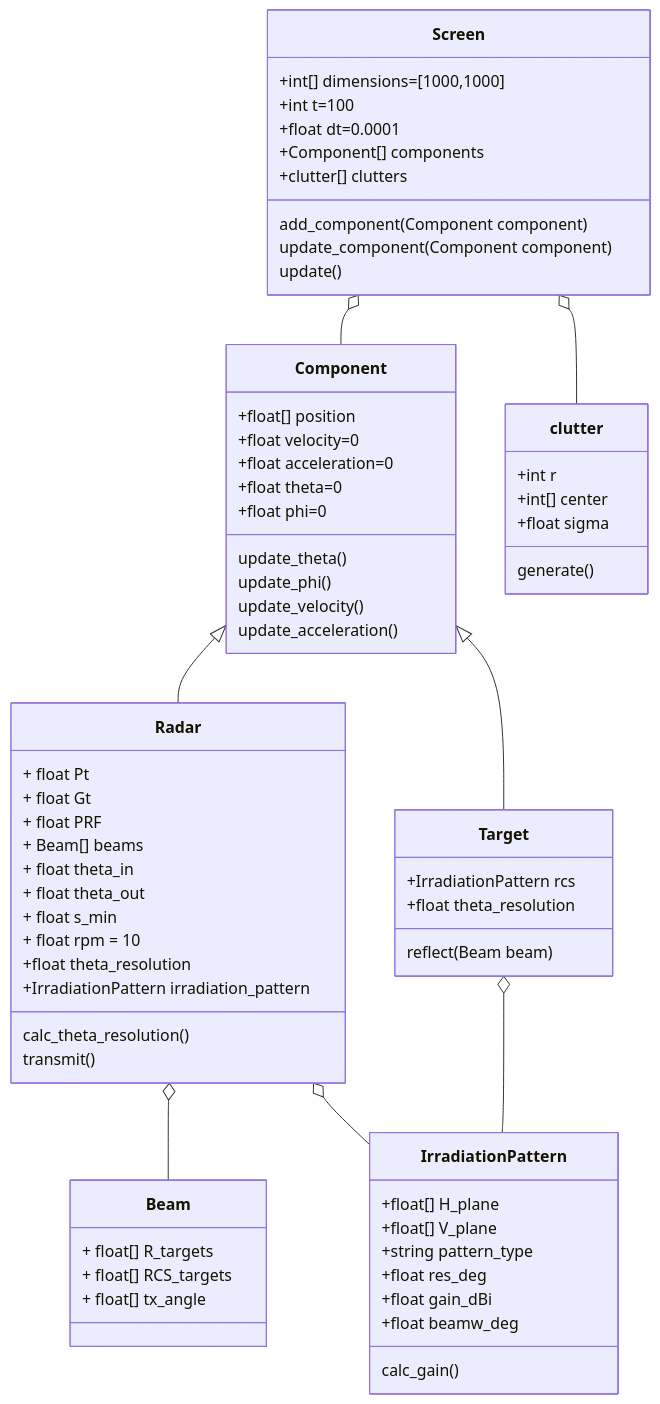
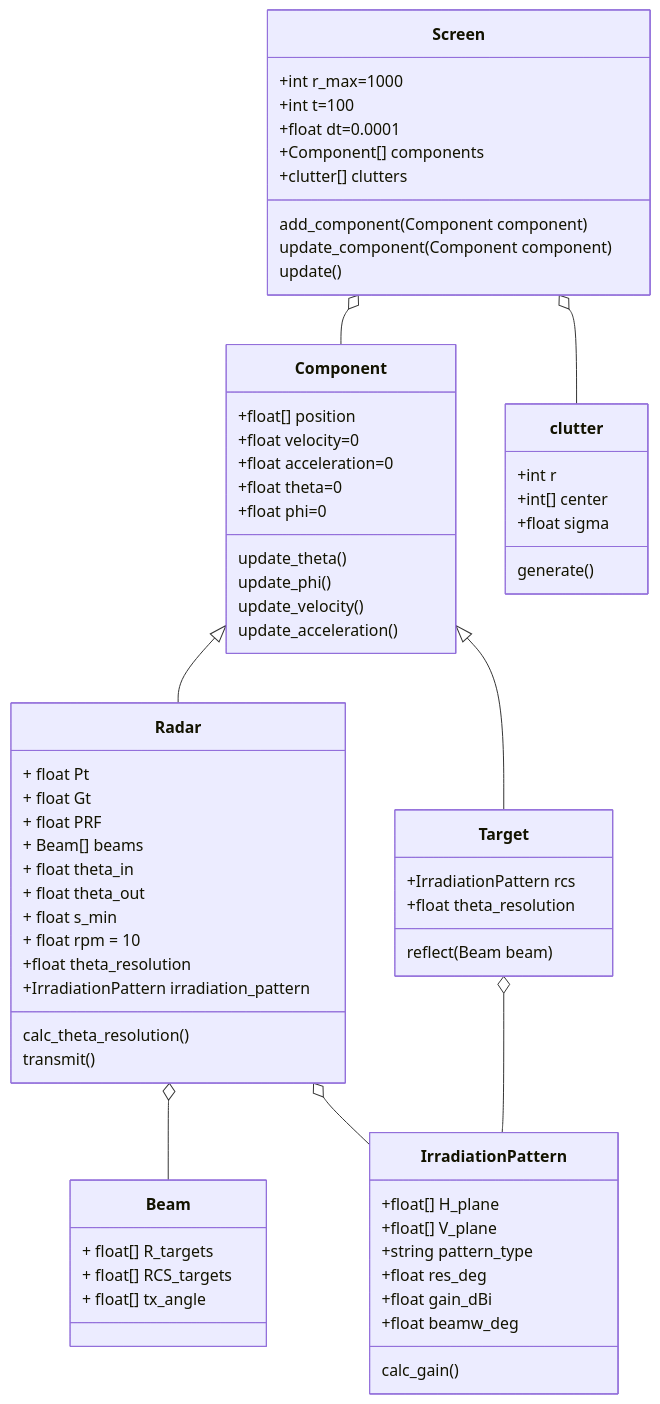
One commit to arthurcadore/radarutils changed the diagram in diagram.md. Above: the diagram before and after it, drawn with Mermaid. The commit also changed 8 other files, not shown here.

````diff
--- a/diagram.md
+++ b/diagram.md
@@ -1,7 +1,7 @@
 ```mermaid
 classDiagram
     class Screen{
-        +int[] dimensions=[1000,1000]
+        +int r_max=1000
         +int t=100
         +float dt=0.0001
         +Component[] components
````
